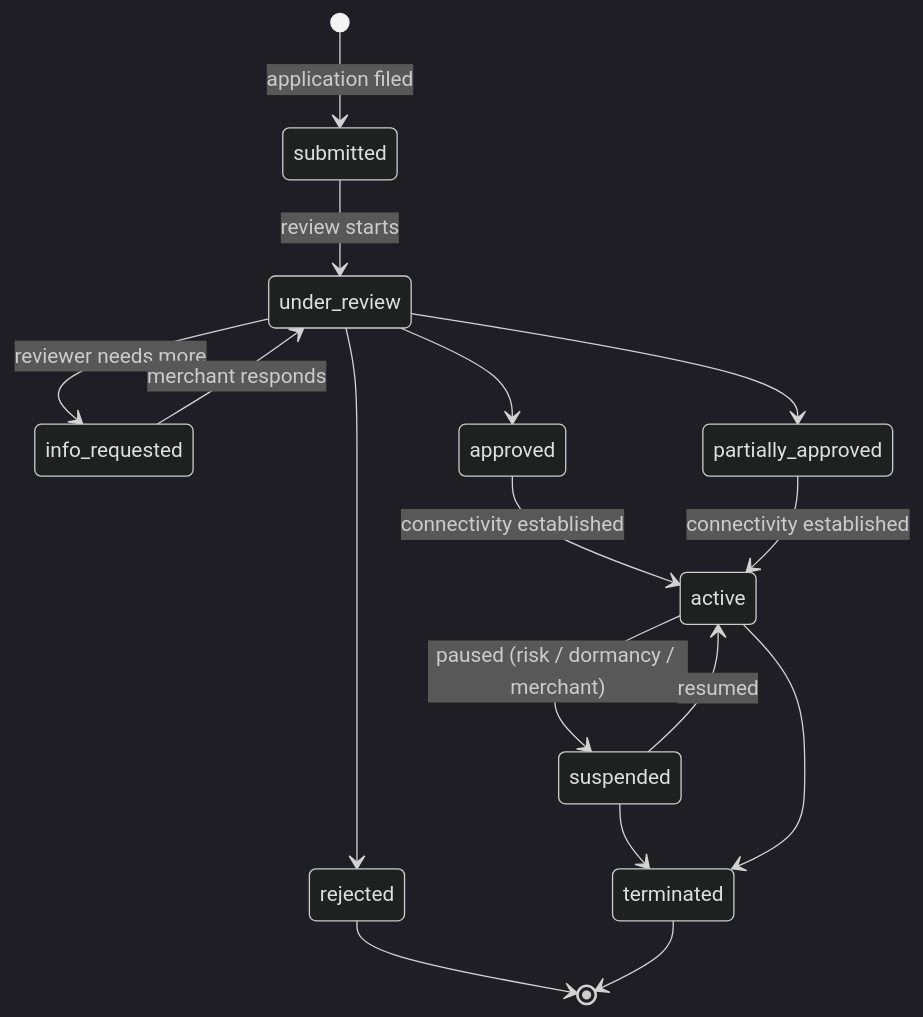
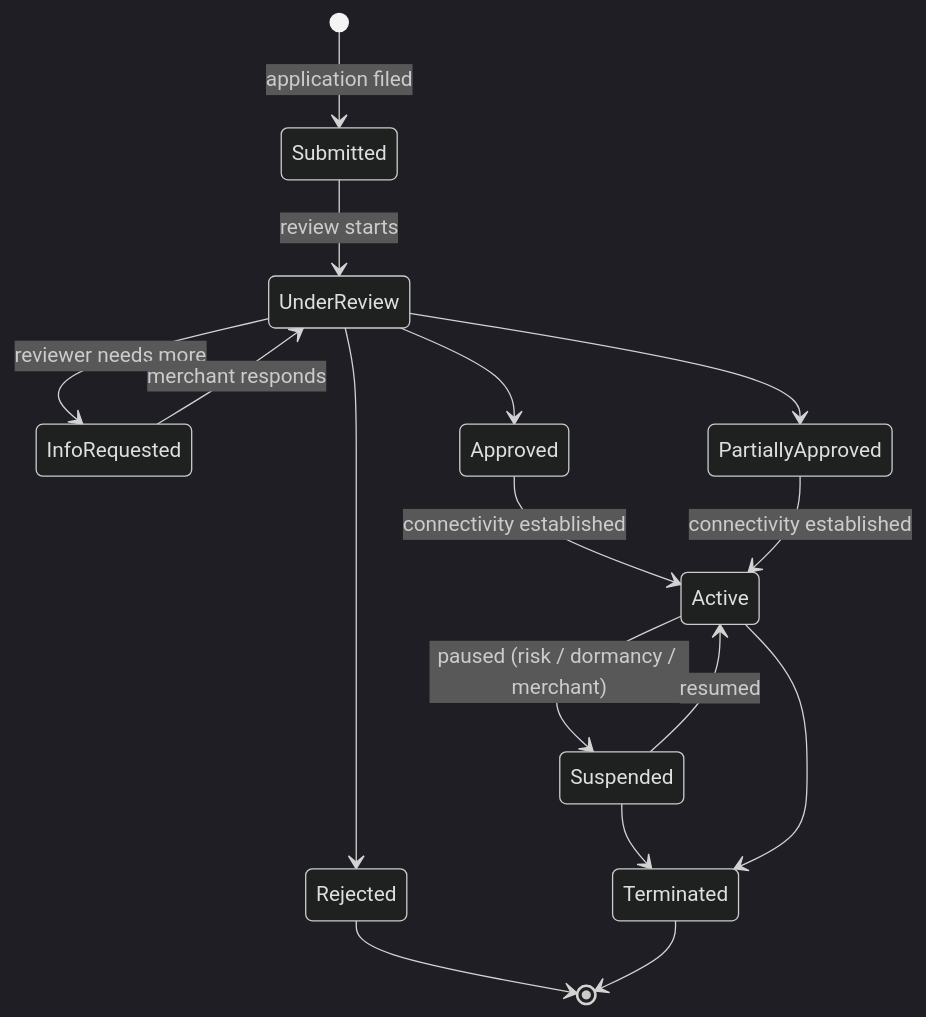
Before and after one commit to yanomic/yanomic.github.io: the first of 2 diagrams in content/blogs/2026-04-22-complete-list-of-payment-capabilities/index.md, drawn with Mermaid (dark theme). The commit also changed other lines of this file, not shown here.

````diff
--- a/content/blogs/2026-04-22-complete-list-of-payment-capabilities/index.md
+++ b/content/blogs/2026-04-22-complete-list-of-payment-capabilities/index.md
@@ -61,18 +61,18 @@
 ```mermaid
 stateDiagram-v2
-    [*] --> submitted: application filed
-    submitted --> under_review: review starts
-    under_review --> info_requested: reviewer needs more
-    info_requested --> under_review: merchant responds
-    under_review --> approved
-    under_review --> partially_approved
-    under_review --> rejected
-    approved --> active: connectivity established
-    partially_approved --> active: connectivity established
-    active --> suspended: paused (risk / dormancy / merchant)
-    suspended --> active: resumed
-    suspended --> terminated
-    active --> terminated
-    rejected --> [*]
-    terminated --> [*]
+    [*] --> Submitted: application filed
+    Submitted --> UnderReview: review starts
+    UnderReview --> InfoRequested: reviewer needs more
+    InfoRequested --> UnderReview: merchant responds
+    UnderReview --> Approved
+    UnderReview --> PartiallyApproved
+    UnderReview --> Rejected
+    Approved --> Active: connectivity established
+    PartiallyApproved --> Active: connectivity established
+    Active --> Suspended: paused (risk / dormancy / merchant)
+    Suspended --> Active: resumed
+    Suspended --> Terminated
+    Active --> Terminated
+    Rejected --> [*]
+    Terminated --> [*]
 ```
````
